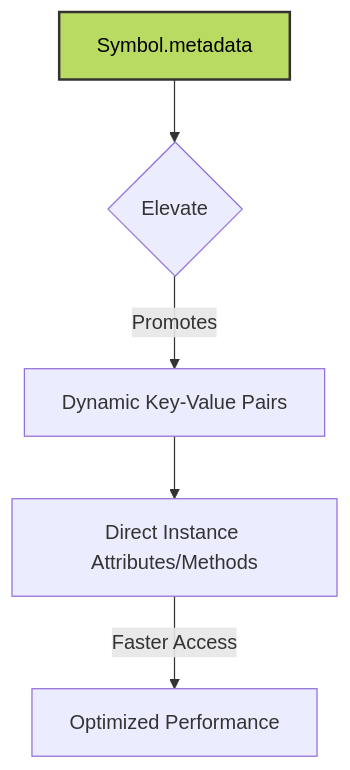
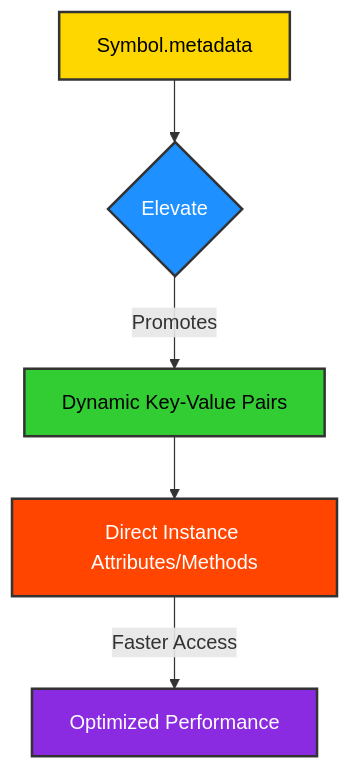
Before and after one commit to ikko/sym: the first of 5 diagrams in docs/readme_details/6_memory_aware_maturing/index.md, drawn with Mermaid. The commit also changed other lines of this file and 15 other files, not shown here.

Commit message:
inbetween cleaning examples and recolor mermaids

````diff
--- a/docs/readme_details/6_memory_aware_maturing/index.md
+++ b/docs/readme_details/6_memory_aware_maturing/index.md
@@ -11,11 +11,13 @@
     ```mermaid
     graph TD
         A[Symbol.metadata] --> B{Elevate};
         B -- "Promotes" --> C[Dynamic Key-Value Pairs];
         C --> D[Direct Instance Attributes/Methods];
         D -- "Faster Access" --> E[Optimized Performance];
 
-    style A fill:#badb62,stroke:#333,stroke-width:2px,color:#000000;
-
-    style A fill:#badb62,stroke:#333,stroke-width:2px,color:#000000;
+    style A fill:#FFD700,stroke:#333,stroke-width:2px,color:#000000;
+    style B fill:#1E90FF,stroke:#333,stroke-width:2px,color:#FFFFFF;
+    style C fill:#32CD32,stroke:#333,stroke-width:2px,color:#000000;
+    style D fill:#FF4500,stroke:#333,stroke-width:2px,color:#FFFFFF;
+    style E fill:#8A2BE2,stroke:#333,stroke-width:2px,color:#FFFFFF;
 ```
````
